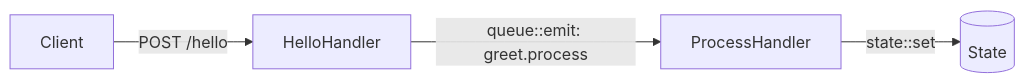
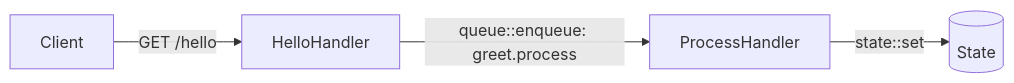
Before and after one commit to iii-hq/docs: the diagram in content/examples/hello-world.mdx, drawn with Mermaid. The commit also changed other lines of this file and 11 other files, not shown here.

First line of the commit message:
refactor: replace queue::emit with queue::enqueue in examples

````diff
--- a/content/examples/hello-world.mdx
+++ b/content/examples/hello-world.mdx
@@ -9,6 +9,6 @@
 ```mermaid
 graph LR
-    Client -->|"POST /hello"| HelloHandler
-    HelloHandler -->|"queue::emit: greet.process"| ProcessHandler
+    Client -->|"GET /hello"| HelloHandler
+    HelloHandler -->|"queue::enqueue: greet.process"| ProcessHandler
     ProcessHandler -->|"state::set"| State[(State)]
 ```
````
